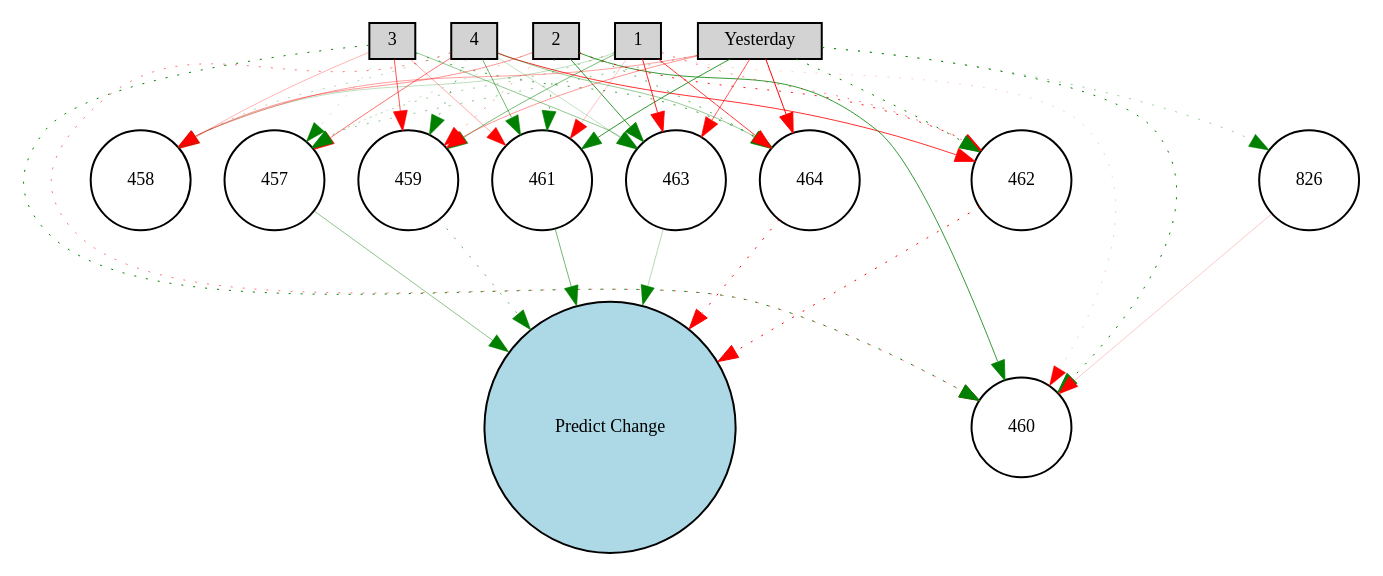
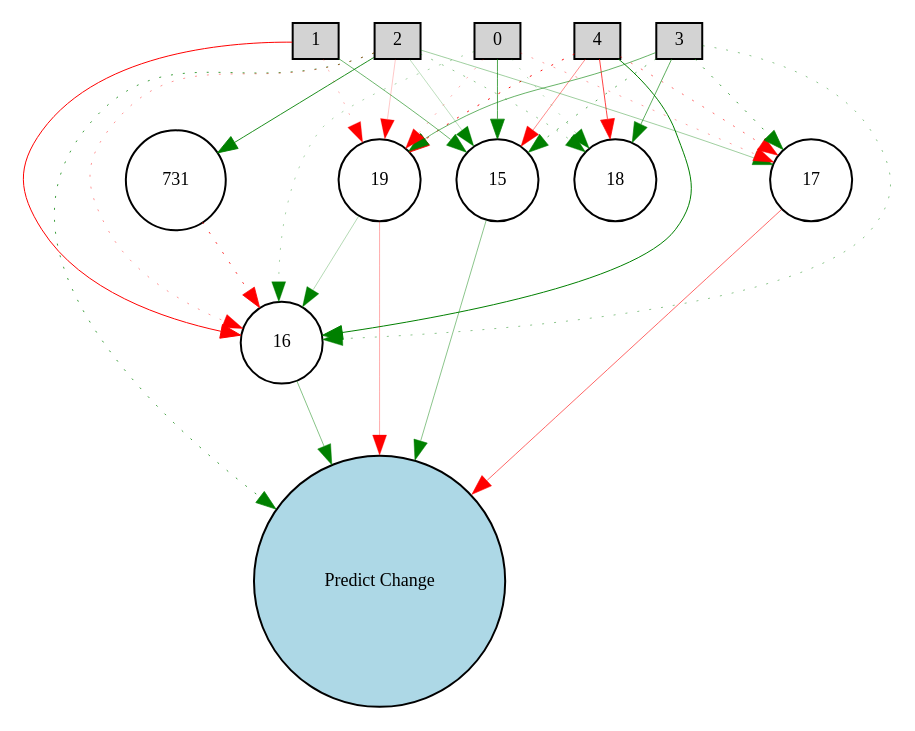
The diagram in Nasdaq Evolved Network/Digraph.gv (timestocome/Test-stock-prediction-algorithms), drawn with Graphviz before and after one commit. The commit also changed 13 other files, not shown here.

```diff
--- a/Nasdaq Evolved Network/Digraph.gv
+++ b/Nasdaq Evolved Network/Digraph.gv
@@ -1,65 +1,46 @@
 digraph {
 	node [fontsize=9 height=0.2 shape=circle width=0.2]
 	4 [fillcolor=lightgray shape=box style=filled]
 	3 [fillcolor=lightgray shape=box style=filled]
 	2 [fillcolor=lightgray shape=box style=filled]
 	1 [fillcolor=lightgray shape=box style=filled]
-	Yesterday [fillcolor=lightgray shape=box style=filled]
+	0 [fillcolor=lightgray shape=box style=filled]
 	"Predict Change" [fillcolor=lightblue style=filled]
-	457 [fillcolor=white style=filled]
-	458 [fillcolor=white style=filled]
-	459 [fillcolor=white style=filled]
-	460 [fillcolor=white style=filled]
-	461 [fillcolor=white style=filled]
-	462 [fillcolor=white style=filled]
-	463 [fillcolor=white style=filled]
-	464 [fillcolor=white style=filled]
-	826 [fillcolor=white style=filled]
-	Yesterday -> 826 [color=green penwidth=0.1955858095927986 style=dotted]
-	4 -> 463 [color=green penwidth=0.12200364781969074 style=solid]
-	459 -> "Predict Change" [color=green penwidth=0.3054313839439323 style=dotted]
-	1 -> 459 [color=green penwidth=0.26789623464141366 style=solid]
-	Yesterday -> 460 [color=green penwidth=0.5 style=dotted]
-	3 -> 459 [color=red penwidth=0.3427588773301718 style=solid]
-	1 -> 463 [color=red penwidth=0.44433464867761674 style=solid]
-	464 -> "Predict Change" [color=red penwidth=0.5 style=dotted]
-	2 -> 462 [color=red penwidth=0.45425566288033736 style=dotted]
-	3 -> 463 [color=green penwidth=0.22258017571685212 style=solid]
-	2 -> 459 [color=red penwidth=0.19627325995480388 style=dotted]
-	826 -> 460 [color=red penwidth=0.10689776167980834 style=solid]
-	4 -> 460 [color=red penwidth=0.2676333030780361 style=dotted]
-	Yesterday -> 462 [color=green penwidth=0.5 style=dotted]
-	3 -> 464 [color=green penwidth=0.36169292080882 style=dotted]
-	Yesterday -> 463 [color=red penwidth=0.32744562066254 style=solid]
-	4 -> 458 [color=green penwidth=0.16144255011357078 style=dotted]
-	Yesterday -> 459 [color=red penwidth=0.21285599271706418 style=solid]
-	1 -> 460 [color=red penwidth=0.10297548482506153 style=dotted]
-	4 -> 457 [color=red penwidth=0.2776217544192995 style=solid]
-	4 -> 461 [color=green penwidth=0.27970713244291534 style=solid]
-	4 -> 464 [color=green penwidth=0.20902073541397737 style=solid]
-	461 -> "Predict Change" [color=green penwidth=0.28408894714099253 style=solid]
-	3 -> 460 [color=green penwidth=0.5 style=dotted]
-	2 -> 458 [color=red penwidth=0.21497024896394606 style=solid]
-	3 -> 457 [color=green penwidth=0.11853081083032924 style=dotted]
-	1 -> 457 [color=green penwidth=0.20166902249895804 style=dotted]
-	Yesterday -> 464 [color=red penwidth=0.5 style=solid]
-	2 -> 460 [color=green penwidth=0.40448566084755433 style=solid]
-	462 -> "Predict Change" [color=red penwidth=0.5 style=dotted]
-	1 -> 461 [color=red penwidth=0.12130672452950891 style=solid]
-	2 -> 461 [color=green penwidth=0.3373497954617103 style=dotted]
-	4 -> 459 [color=green penwidth=0.27932722042289826 style=dotted]
-	457 -> "Predict Change" [color=green penwidth=0.22921388369142306 style=solid]
-	Yesterday -> 457 [color=green penwidth=0.22796403923006053 style=dotted]
-	1 -> 462 [color=red penwidth=0.24404965538116366 style=dotted]
-	1 -> 464 [color=red penwidth=0.39313579253434505 style=solid]
-	1 -> 458 [color=green penwidth=0.12974525047862592 style=solid]
-	4 -> 462 [color=red penwidth=0.414654055776983 style=solid]
-	463 -> "Predict Change" [color=green penwidth=0.15380345182290855 style=solid]
-	Yesterday -> 458 [color=red penwidth=0.19474110755259044 style=solid]
-	Yesterday -> 461 [color=green penwidth=0.41338026537689054 style=solid]
-	3 -> 458 [color=red penwidth=0.15249152891758125 style=solid]
-	3 -> 461 [color=red penwidth=0.16806030089548663 style=solid]
-	2 -> 457 [color=green penwidth=0.12325983836324642 style=dotted]
-	2 -> 463 [color=green penwidth=0.3968033766764991 style=solid]
-	2 -> 464 [color=green penwidth=0.31875793519574575 style=dotted]
+	15 [fillcolor=white style=filled]
+	16 [fillcolor=white style=filled]
+	17 [fillcolor=white style=filled]
+	18 [fillcolor=white style=filled]
+	19 [fillcolor=white style=filled]
+	731 [fillcolor=white style=filled]
+	2 -> 16 [color=red penwidth=0.21065039830346682 style=dotted]
+	0 -> 15 [color=green penwidth=0.35459844505333393 style=solid]
+	0 -> 19 [color=red penwidth=0.15800838930829092 style=dotted]
+	0 -> 16 [color=green penwidth=0.16631609467749026 style=dotted]
+	19 -> "Predict Change" [color=red penwidth=0.17314229234424774 style=solid]
+	3 -> 17 [color=green penwidth=0.3895907138542364 style=dotted]
+	16 -> "Predict Change" [color=green penwidth=0.2441708339485976 style=solid]
+	3 -> 16 [color=green penwidth=0.2305598161302145 style=dotted]
+	3 -> 19 [color=green penwidth=0.30370835462129186 style=solid]
+	3 -> 15 [color=green penwidth=0.305765380931073 style=dotted]
+	2 -> 18 [color=green penwidth=0.21930828016804754 style=dotted]
+	2 -> 15 [color=green penwidth=0.13333597956189996 style=solid]
+	2 -> 17 [color=green penwidth=0.19070317154881233 style=solid]
+	4 -> 18 [color=red penwidth=0.36714141768281583 style=solid]
+	4 -> 15 [color=red penwidth=0.2345805253816336 style=solid]
+	1 -> 16 [color=red penwidth=0.5 style=solid]
+	19 -> 16 [color=green penwidth=0.14966219489941668 style=solid]
+	17 -> "Predict Change" [color=red penwidth=0.3038831057768101 style=solid]
+	2 -> 19 [color=red penwidth=0.10664336304711705 style=solid]
+	15 -> "Predict Change" [color=green penwidth=0.23254588075490507 style=solid]
+	4 -> 17 [color=red penwidth=0.28503800387630784 style=dotted]
+	2 -> "Predict Change" [color=green penwidth=0.3830489312775254 style=dotted]
+	731 -> 16 [color=red penwidth=0.4121528572701145 style=dotted]
+	4 -> 19 [color=red penwidth=0.4694380434282822 style=dotted]
+	0 -> 17 [color=red penwidth=0.18928169957617605 style=dotted]
+	1 -> 15 [color=green penwidth=0.29130507151359875 style=solid]
+	4 -> 16 [color=green penwidth=0.5 style=solid]
+	3 -> 18 [color=green penwidth=0.3198046364830395 style=solid]
+	0 -> 18 [color=green penwidth=0.15113615153945764 style=dotted]
+	1 -> 19 [color=red penwidth=0.14304429982880976 style=dotted]
+	2 -> 731 [color=green penwidth=0.4353067213837801 style=solid]
 }
```
